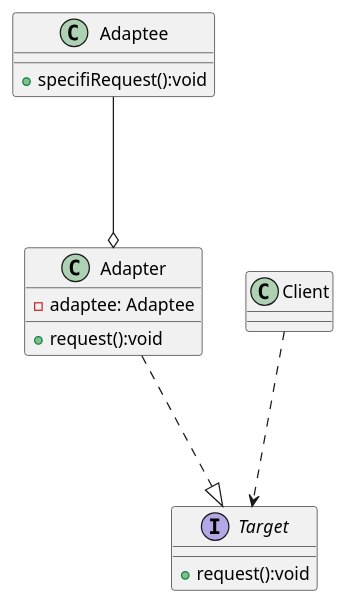
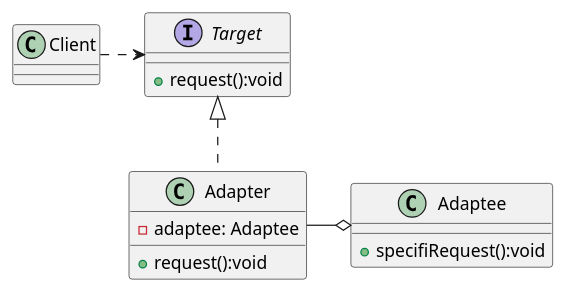
One commit to qiding1991/design-pattern changed the diagram in struct-adapter-design/object-adapter-design.puml. Above: the diagram before and after it, drawn with PlantUML. The commit also changed 34 other files, not shown here.

```diff
--- a/struct-adapter-design/object-adapter-design.puml
+++ b/struct-adapter-design/object-adapter-design.puml
@@ -1,20 +1,19 @@
 @startuml
          interface Target{
           + request():void
         }
 
         class Adaptee{
           + specifiRequest():void
         }
 
         class Adapter{
           - adaptee: Adaptee
           + request():void
         }
 
-        Adapter ...|> Target
-        Adaptee ---o  Adapter
-        Client ...> Target
-
+         Client .> Target
+         Target<|..Adapter
+         Adapter -o Adaptee
 
 @enduml
```
